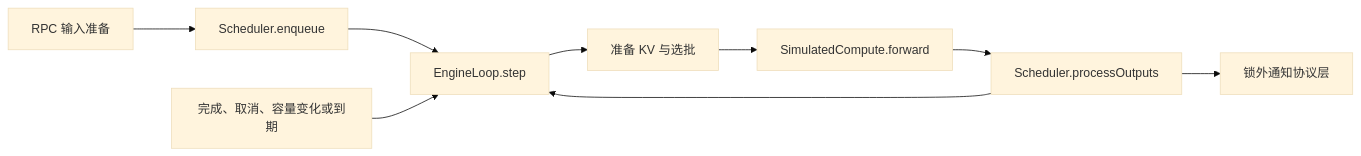
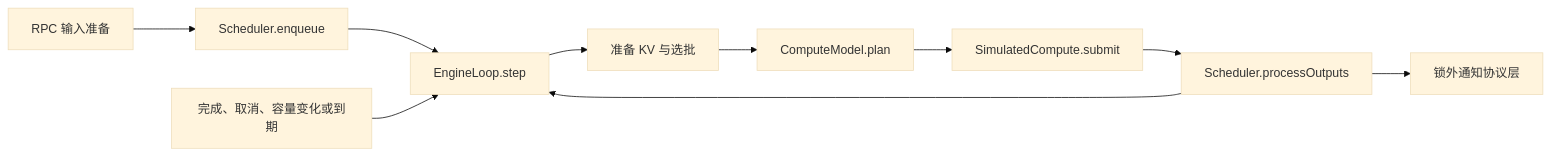
The second of 2 diagrams in rtp_llm/flexlb/mock-framework/docs/architecture.md (alibaba/rtp-llm), drawn with Mermaid (base theme) before and after one commit. The commit also changed other lines of this file and 3 other files, not shown here.

Commit message:
refactor(mock): clarify engine state and compute flow

````diff
--- a/rtp_llm/flexlb/mock-framework/docs/architecture.md
+++ b/rtp_llm/flexlb/mock-framework/docs/architecture.md
@@ -127,11 +128,12 @@
 ```mermaid
 flowchart LR
     rpc["RPC 输入准备"] --> enqueue["Scheduler.enqueue"]
     enqueue --> step["EngineLoop.step"]
     wake["完成、取消、容量变化或到期"] --> step
     step --> schedule["准备 KV 与选批"]
-    schedule --> forward["SimulatedCompute.forward"]
+    schedule --> plan["ComputeModel.plan"]
+    plan --> forward["SimulatedCompute.submit"]
     forward --> outputs["Scheduler.processOutputs"]
     outputs --> step
     outputs --> notify["锁外通知协议层"]
 ```
````
